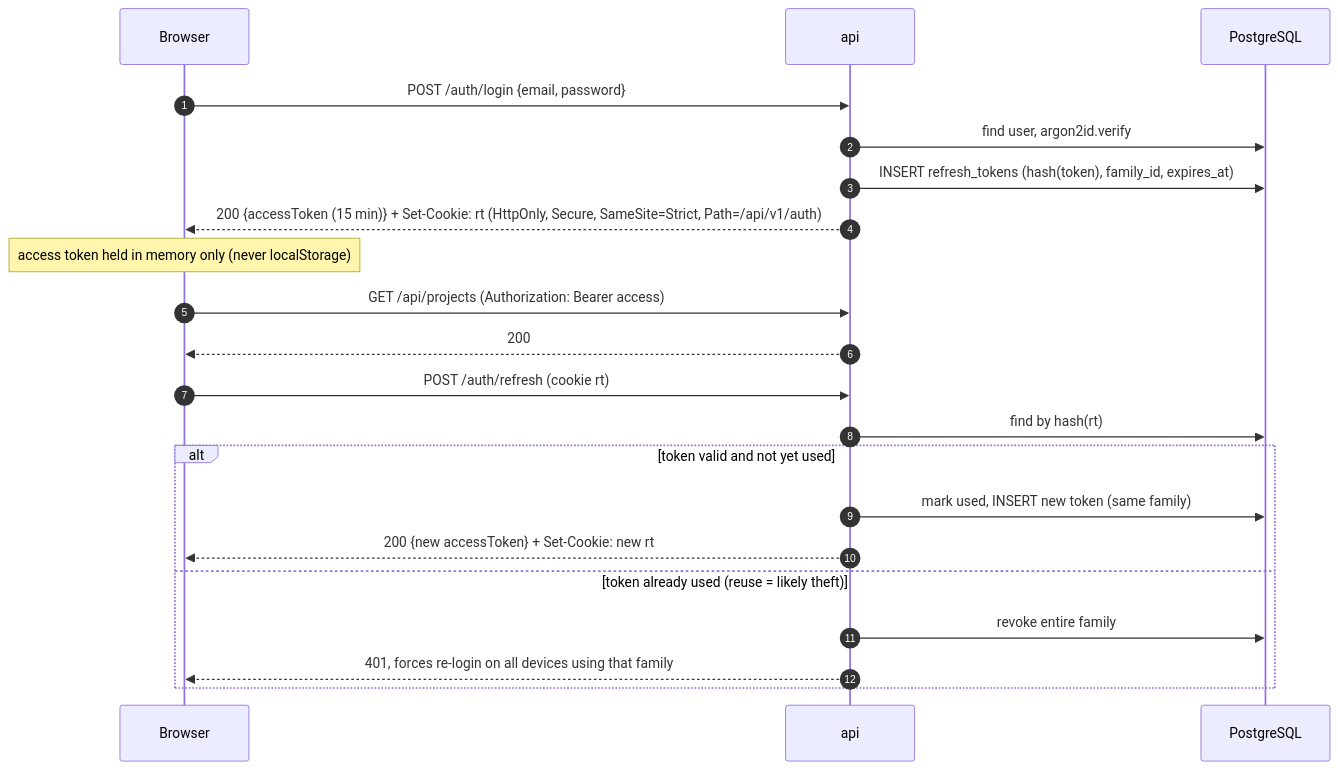
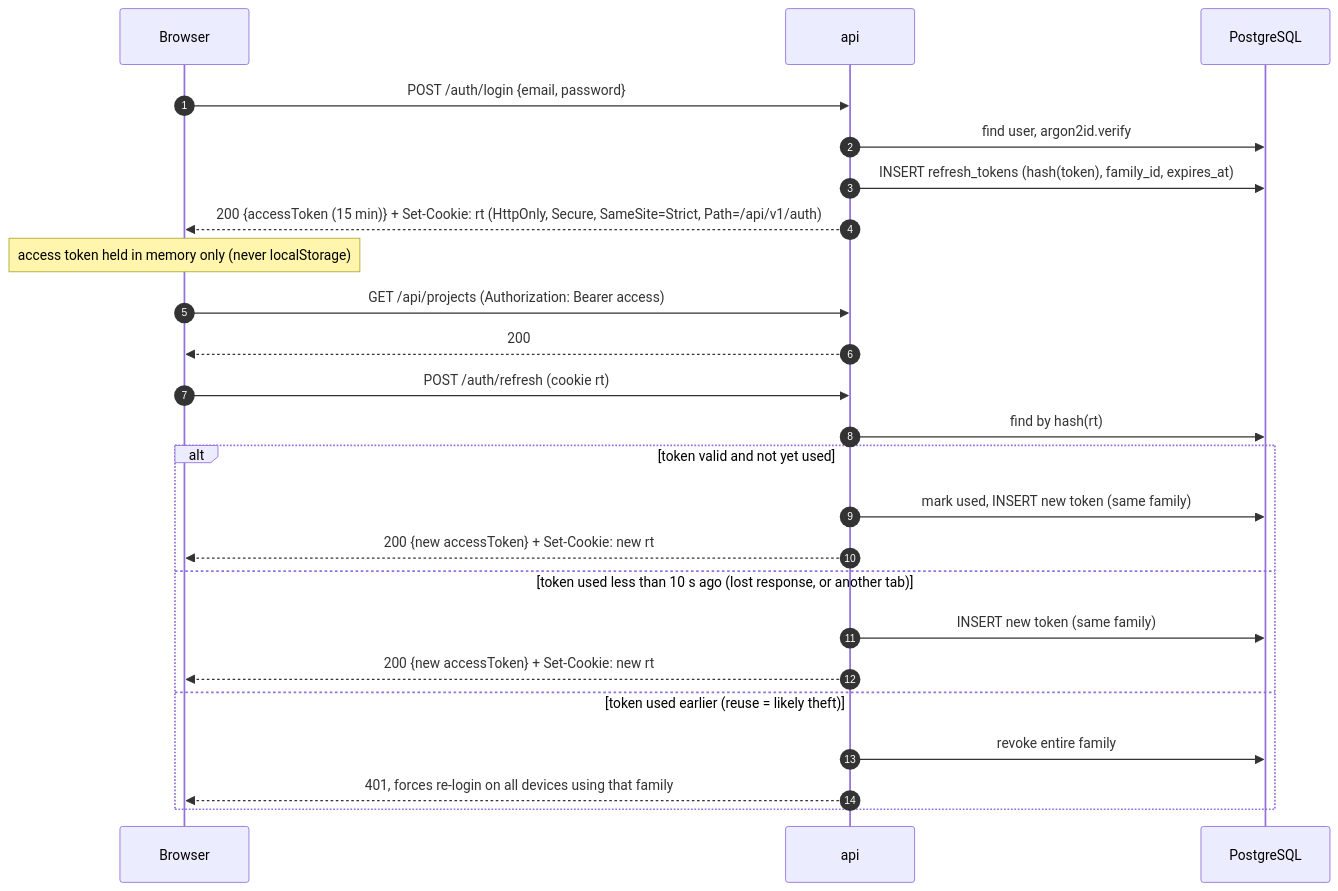
Before and after one commit to vishalreddy9514/forge-engineering-platform: the sixth of 9 diagrams in docs/architecture.md, drawn with Mermaid. The commit also changed other lines of this file and 46 other files, not shown here.

````diff
--- a/docs/architecture.md
+++ b/docs/architecture.md
@@ -310,26 +310,29 @@
 ```mermaid
 sequenceDiagram
     autonumber
     participant B as Browser
     participant A as api
     participant DB as PostgreSQL
 
     B->>A: POST /auth/login {email, password}
     A->>DB: find user, argon2id.verify
     A->>DB: INSERT refresh_tokens (hash(token), family_id, expires_at)
     A-->>B: 200 {accessToken (15 min)} + Set-Cookie: rt (HttpOnly, Secure, SameSite=Strict, Path=/api/v1/auth)
     Note over B: access token held in memory only (never localStorage)
 
     B->>A: GET /api/projects (Authorization: Bearer access)
     A-->>B: 200
 
     B->>A: POST /auth/refresh (cookie rt)
     A->>DB: find by hash(rt)
     alt token valid and not yet used
         A->>DB: mark used, INSERT new token (same family)
         A-->>B: 200 {new accessToken} + Set-Cookie: new rt
-    else token already used (reuse = likely theft)
+    else token used less than 10 s ago (lost response, or another tab)
+        A->>DB: INSERT new token (same family)
+        A-->>B: 200 {new accessToken} + Set-Cookie: new rt
+    else token used earlier (reuse = likely theft)
         A->>DB: revoke entire family
         A-->>B: 401, forces re-login on all devices using that family
     end
 ```
````
